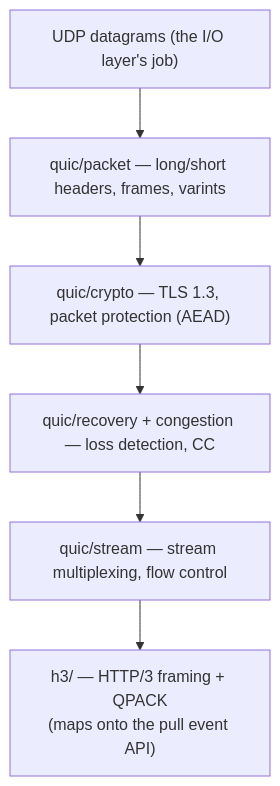
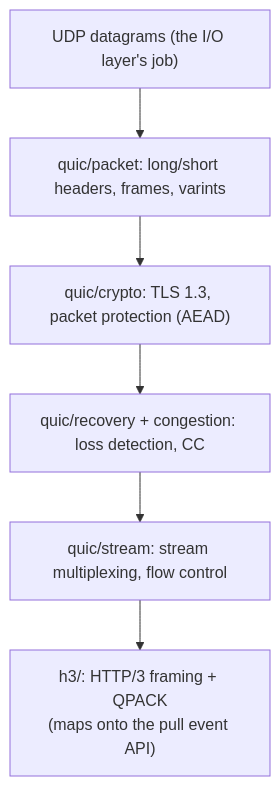
One commit to Kludex/zttp changed the diagram in docs/architecture/http3.md. Above: the diagram before and after it, drawn with Mermaid. The commit also changed other lines of this file and 11 other files, not shown here.

````diff
--- a/docs/architecture/http3.md
+++ b/docs/architecture/http3.md
@@ -35,11 +35,11 @@
 ```mermaid
 flowchart TB
-    h3["h3/ — HTTP/3 framing + QPACK<br/>(maps onto the pull event API)"]
-    streams["quic/stream — stream multiplexing, flow control"]
-    recovery["quic/recovery + congestion — loss detection, CC"]
-    crypto["quic/crypto — TLS 1.3, packet protection (AEAD)"]
-    packet["quic/packet — long/short headers, frames, varints"]
+    h3["h3/: HTTP/3 framing + QPACK<br/>(maps onto the pull event API)"]
+    streams["quic/stream: stream multiplexing, flow control"]
+    recovery["quic/recovery + congestion: loss detection, CC"]
+    crypto["quic/crypto: TLS 1.3, packet protection (AEAD)"]
+    packet["quic/packet: long/short headers, frames, varints"]
     udp["UDP datagrams (the I/O layer's job)"]
 
     udp --> packet --> crypto --> recovery --> streams --> h3
 ```
````
